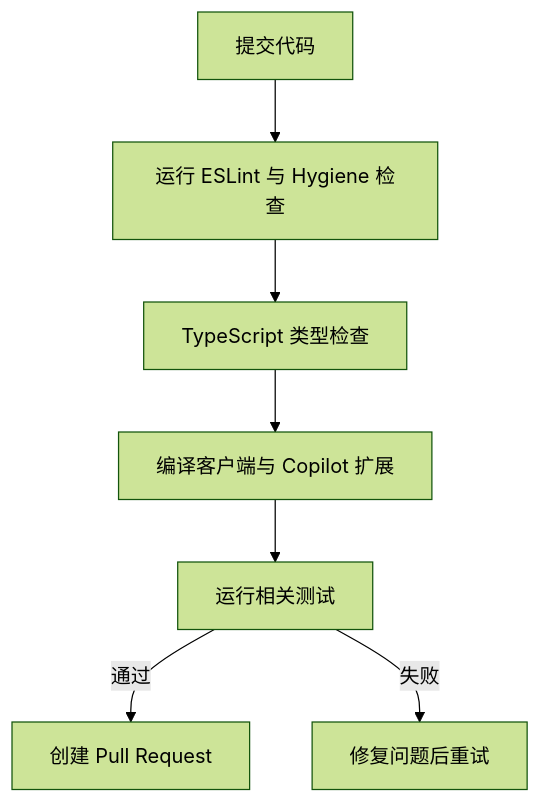
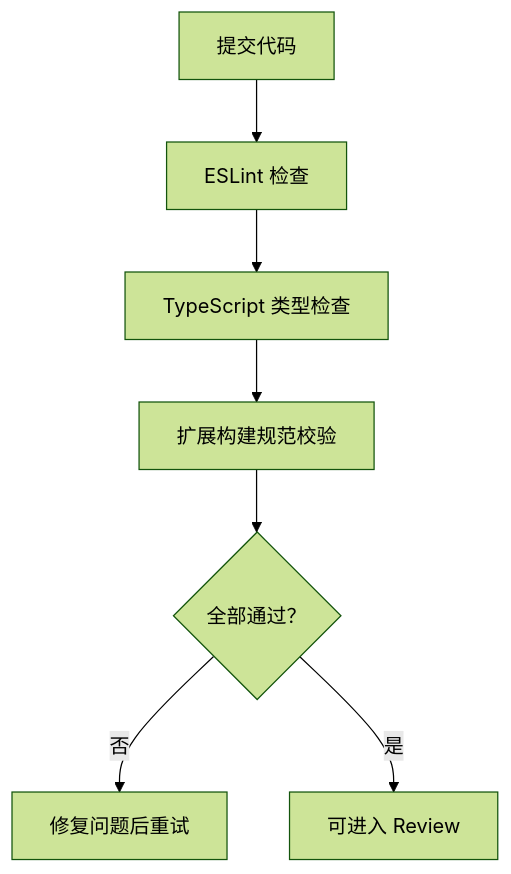
Before and after one commit to sofate798/KodrixCode: the third of 7 diagrams in .qoder/repowiki/zh/content/贡献指南.md, drawn with Mermaid (forest theme). The commit also changed other lines of this file and 178 other files, not shown here.

````diff
--- a/.qoder/repowiki/zh/content/贡献指南.md
+++ b/.qoder/repowiki/zh/content/贡献指南.md
@@ -154,9 +124,9 @@
 ```mermaid
 flowchart TD
-Commit["提交代码"] --> Lint["运行 ESLint 与 Hygiene 检查"]
+Start["提交代码"] --> Lint["ESLint 检查"]
 Lint --> TypeCheck["TypeScript 类型检查"]
-TypeCheck --> Build["编译客户端与 Copilot 扩展"]
-Build --> Test["运行相关测试"]
-Test --> |通过| PR["创建 Pull Request"]
-Test --> |失败| Fix["修复问题后重试"]
+TypeCheck --> ExtensionRules["扩展构建规范校验"]
+ExtensionRules --> Pass{"全部通过？"}
+Pass --> |否| Fix["修复问题后重试"]
+Pass --> |是| Ready["可进入 Review"]
 ```
````
